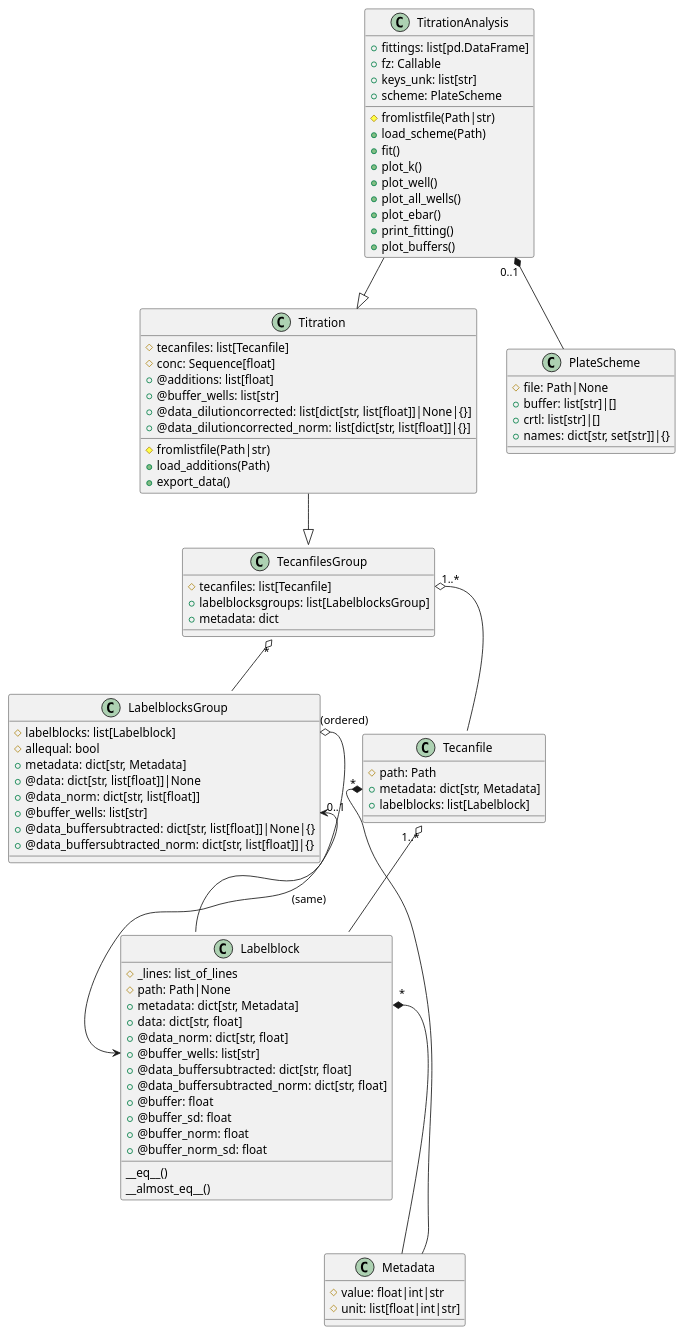
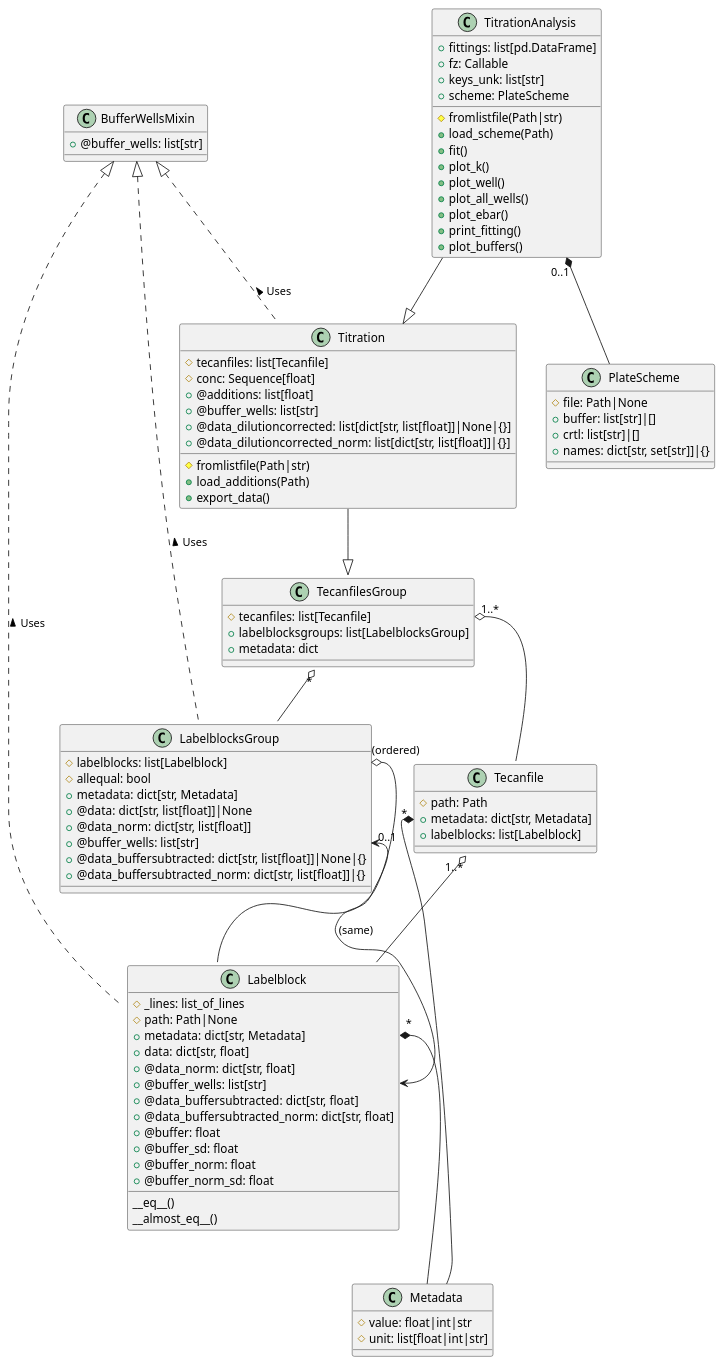
Before and after one commit to darosio/ClopHfit: the diagram in docs/references/prtecan.uml.rst, drawn with PlantUML. The commit also changed 1 other file, not shown here.

Commit message:
refactor(prtecan): BufferWellsMixin

```diff
--- a/docs/references/prtecan.uml.rst
+++ b/docs/references/prtecan.uml.rst
@@ -1,4 +1,12 @@
 .. uml::
+
+   class BufferWellsMixin {
+     +@buffer_wells: list[str]
+   }
+
+   Labelblock .up.|> BufferWellsMixin : Uses >
+   LabelblocksGroup .up.|> BufferWellsMixin : Uses >
+   Titration .up.|> BufferWellsMixin : Uses >
 
    class Labelblock{
      #_lines: list_of_lines
```
